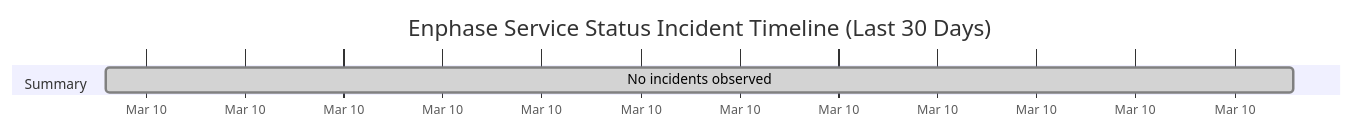
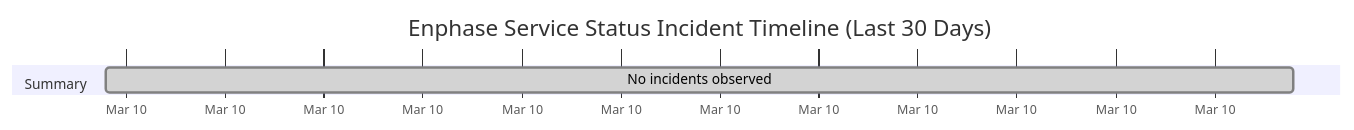
The diagram in wiki/Service-Status-History.md (barneyonline/ha-enphase-ev-charger), drawn with Mermaid before and after one commit. The commit also changed other lines of this file and 3 other files, not shown here.

````diff
--- a/wiki/Service-Status-History.md
+++ b/wiki/Service-Status-History.md
@@ -14,8 +14,8 @@
 ```mermaid
 gantt
     title Enphase Service Status Incident Timeline (Last 30 Days)
     dateFormat  YYYY-MM-DDTHH:mm:ss
     axisFormat  %b %d
     section Summary
-    No incidents observed :done, 2026-03-10T16:47:38, 1m
+    No incidents observed :done, 2026-03-10T17:38:59, 1m
 ```
````
